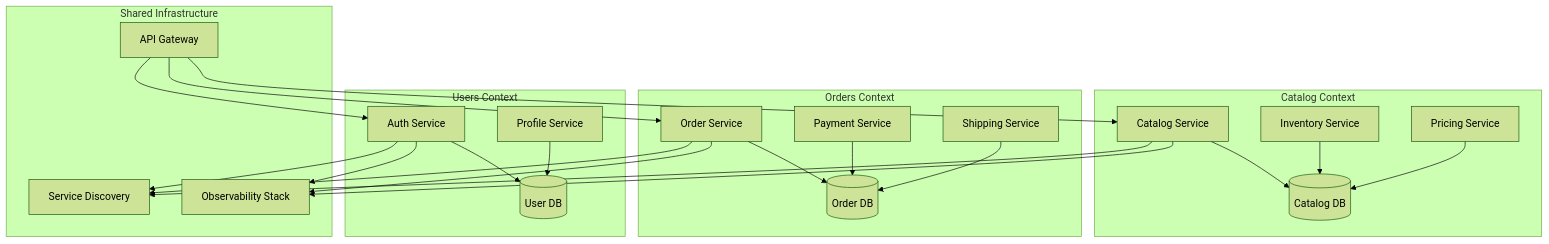
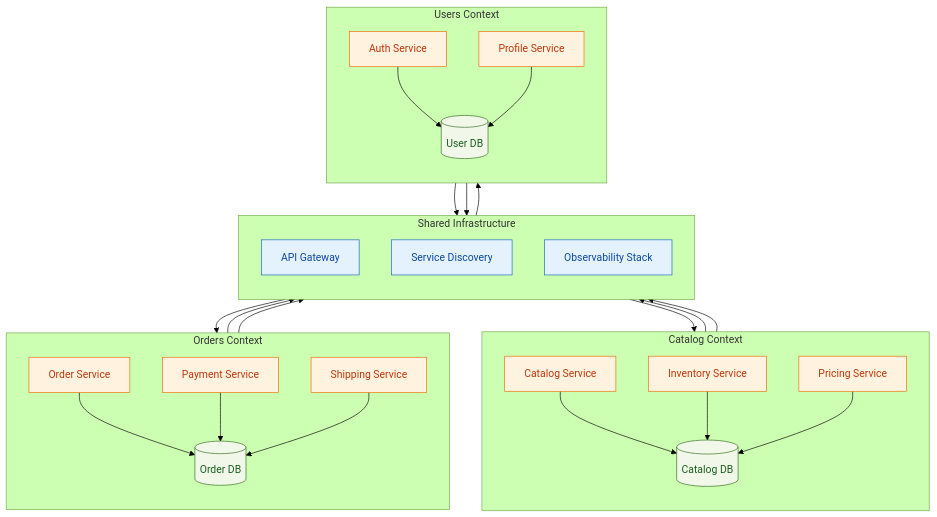
Before and after one commit to 1st/interview: the diagram in 07. System Design/diagrams/microservices_context.md, drawn with Mermaid (forest theme). The commit also changed 6 other files, not shown here.

First line of the commit message:
Enhance interview and system design docs, update diagrams

````diff
--- a/07. System Design/diagrams/microservices_context.md
+++ b/07. System Design/diagrams/microservices_context.md
@@ -3,51 +3,63 @@
 ```mermaid
 graph TB
+    classDef infra fill:#e3f2fd,stroke:#1565c0,color:#0d47a1;
+    classDef service fill:#fff3e0,stroke:#ef6c00,color:#bf360c;
+    classDef data fill:#f1f8e9,stroke:#33691e,color:#1b5e20;
+
     subgraph Shared Infrastructure
+        direction TB
         Gateway[API Gateway]
         Discovery[Service Discovery]
         Observability[Observability Stack]
     end
 
     subgraph Catalog Context
+        direction TB
         CatalogService[Catalog Service]
         InventoryService[Inventory Service]
         PricingService[Pricing Service]
         CatalogDB[(Catalog DB)]
     end
 
     subgraph Orders Context
+        direction TB
         OrderService[Order Service]
         PaymentService[Payment Service]
         ShippingService[Shipping Service]
         OrderDB[(Order DB)]
     end
 
     subgraph Users Context
+        direction TB
         AuthService[Auth Service]
         ProfileService[Profile Service]
         UserDB[(User DB)]
     end
 
     Gateway --> CatalogService
     Gateway --> OrderService
     Gateway --> AuthService
 
     CatalogService --> Discovery
     OrderService --> Discovery
     AuthService --> Discovery
 
     CatalogService --> Observability
     OrderService --> Observability
     AuthService --> Observability
 
     CatalogService --> CatalogDB
     InventoryService --> CatalogDB
     PricingService --> CatalogDB
 
     OrderService --> OrderDB
     PaymentService --> OrderDB
     ShippingService --> OrderDB
 
     AuthService --> UserDB
     ProfileService --> UserDB
+
+    class Gateway,Discovery,Observability infra;
+    class CatalogService,InventoryService,PricingService,OrderService,PaymentService,ShippingService,AuthService,ProfileService service;
+    class CatalogDB,OrderDB,UserDB data;
 ```
````
